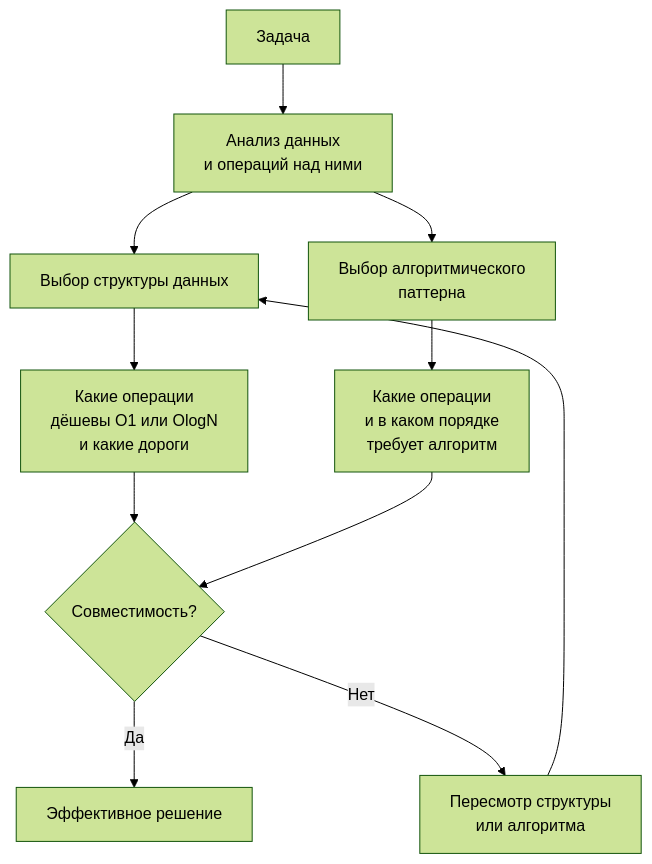
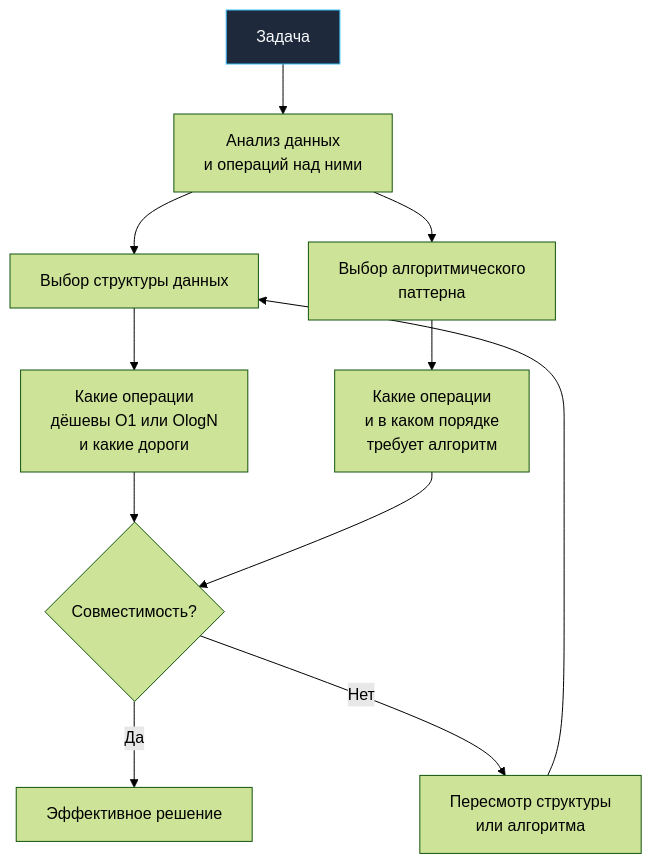
Before and after one commit to UnrealTemplier/go-textbook: the diagram in sources/21. Задачи с LeetCode и собеседований на Go/01. Теория/10. Связь структур данных и алгоритмов.md, drawn with Mermaid (forest theme). The commit also changed 1666 other files, not shown here.

First line of the commit message:
feat(mermaid): add semantic color classDef to 1369 colorless flowchart/graph diagrams

````diff
--- a/sources/21. Задачи с LeetCode и собеседований на Go/01. Теория/10. Связь структур данных и алгоритмов.md
+++ b/sources/21. Задачи с LeetCode и собеседований на Go/01. Теория/10. Связь структур данных и алгоритмов.md
@@ -12,15 +12,25 @@
 ```mermaid
 flowchart TD
-    Problem["Задача"] --> AD["Анализ данных<br>и операций над ними"]
+    classDef process  fill:#1e293b,stroke:#38bdf8,stroke-width:1px,color:#f8fafc
+    classDef success  fill:#064e3b,stroke:#34d399,stroke-width:1px,color:#f8fafc
+    classDef error    fill:#7f1d1d,stroke:#f87171,stroke-width:1px,color:#f8fafc
+    classDef warning  fill:#78350f,stroke:#fbbf24,stroke-width:1px,color:#f8fafc
+    classDef entry    fill:#1e3a5f,stroke:#38bdf8,stroke-width:2px,color:#f8fafc
+    classDef aux      fill:#334155,stroke:#64748b,stroke-width:1px,color:#f8fafc
+    classDef system   fill:#312e81,stroke:#a78bfa,stroke-width:1px,color:#f8fafc
+    classDef data     fill:#132d29,stroke:#2dd4bf,stroke-width:1px,color:#f8fafc
+    classDef network  fill:#881337,stroke:#fb7185,stroke-width:1px,color:#f8fafc
+    classDef accent   fill:#1e1b4b,stroke:#818cf8,stroke-width:1px,color:#f8fafc
+    Problem["Задача"]:::process --> AD["Анализ данных<br>и операций над ними"]
     AD --> ChooseDS["Выбор структуры данных"]
     AD --> ChooseAlgo["Выбор алгоритмического<br>паттерна"]
     
     ChooseDS --> Constraint1["Какие операции<br>дёшевы O1 или OlogN<br>и какие дороги"]
     ChooseAlgo --> Constraint2["Какие операции<br>и в каком порядке<br>требует алгоритм"]
     
     Constraint1 --> Match{"Совместимость?"}
     Constraint2 --> Match
     Match -->|"Да"| Good["Эффективное решение"]
     Match -->|"Нет"| Rethink["Пересмотр структуры<br>или алгоритма"]
     Rethink --> ChooseDS
 ```
````
